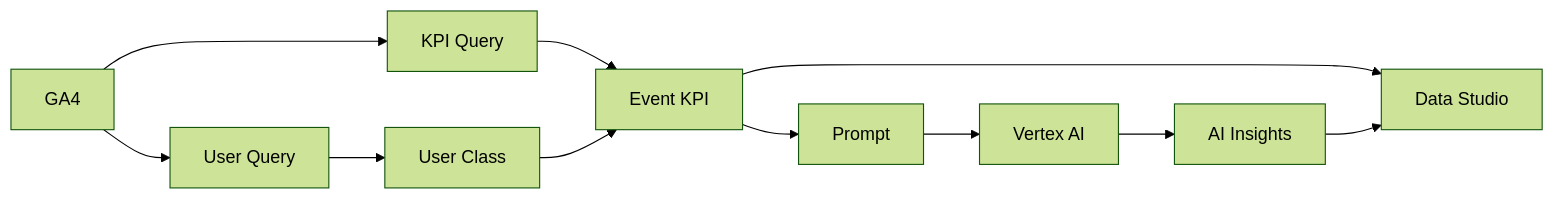
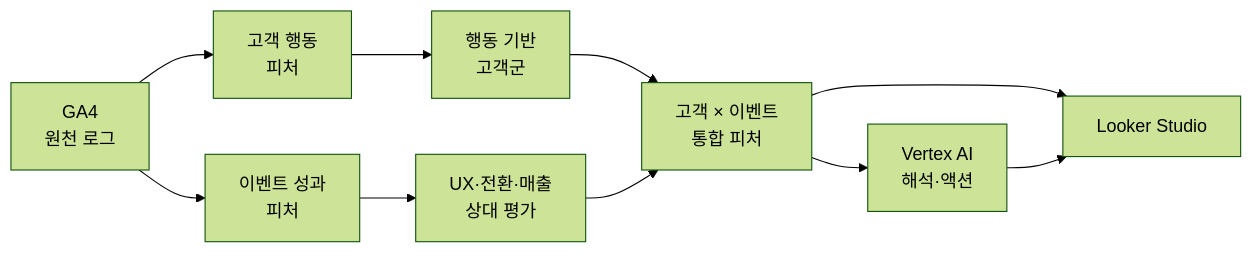
One commit to qkrwlfjddl/Marketing-KPI-AI-Insight changed the diagram in README.md. Above: the diagram before and after it, drawn with Mermaid (forest theme). The commit also changed other lines of this file, not shown here.

````diff
--- a/README.md
+++ b/README.md
@@ -99,16 +55,12 @@
 ```mermaid
 flowchart LR
-    A["GA4"] --> B["KPI Query"]
-    A --> C["User Query"]
-
-    C --> D["User Class"]
-    B --> E["Event KPI"]
-    D --> E
-
-    E --> F["Prompt"]
-    F --> G["Vertex AI"]
-    G --> H["AI Insights"]
-
-    E --> I["Data Studio"]
-    H --> I
+    A["GA4<br/>원천 로그"] --> B["고객 행동<br/>피처"]
+    A --> C["이벤트 성과<br/>피처"]
+    B --> D["행동 기반<br/>고객군"]
+    C --> E["UX·전환·매출<br/>상대 평가"]
+    D --> F["고객 × 이벤트<br/>통합 피처"]
+    E --> F
+    F --> G["Vertex AI<br/>해석·액션"]
+    F --> H["Looker Studio"]
+    G --> H
 ```
````
